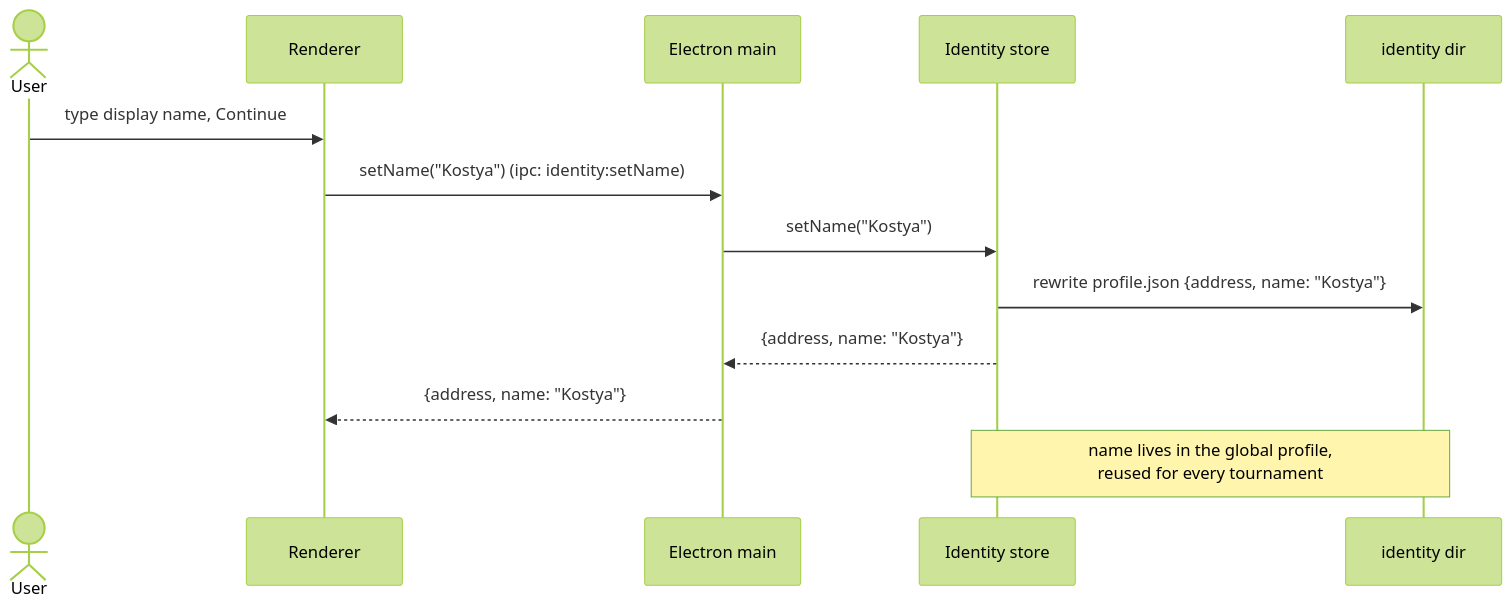
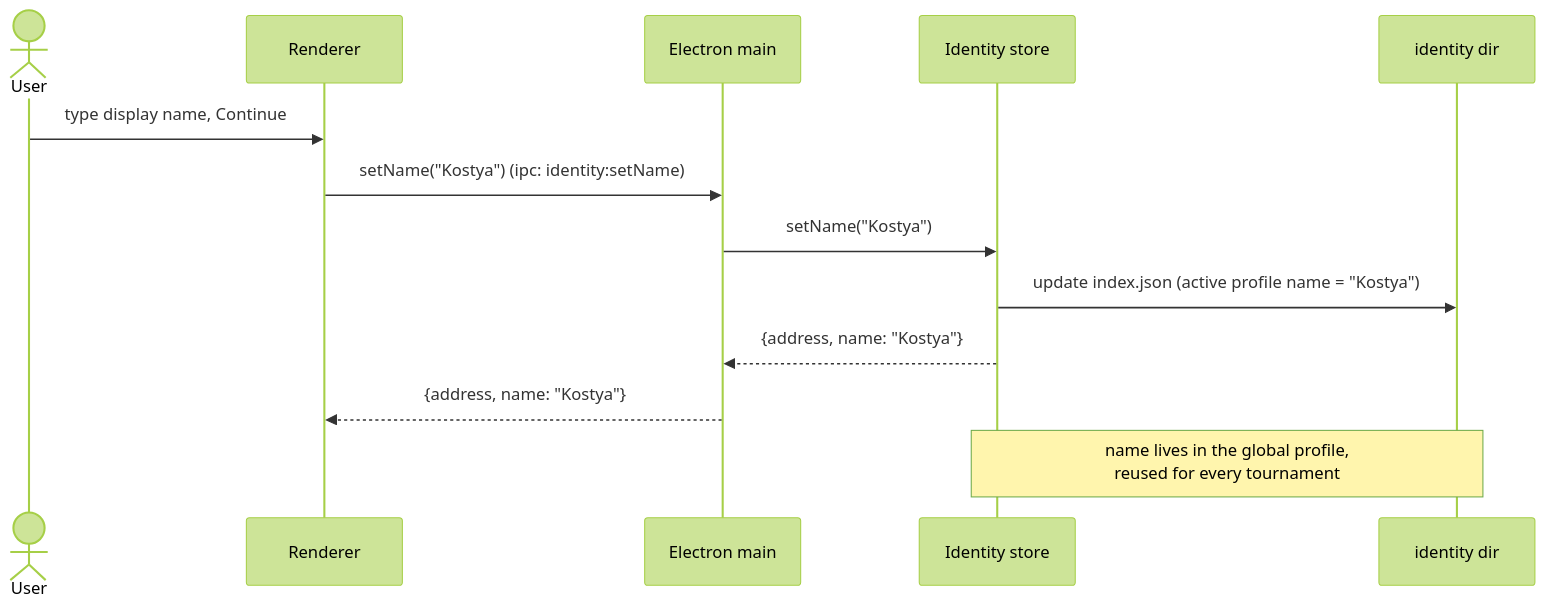
One commit to koss-lebedev/ubet changed the second of 3 diagrams in README.md. Above: the diagram before and after it, drawn with Mermaid (forest theme). The commit also changed other lines of this file, not shown here.

Commit message:
docs: update identity store layout and creation diagram for the multi-identity chooser

````diff
--- a/README.md
+++ b/README.md
@@ -112,16 +117,16 @@
 ```mermaid
 sequenceDiagram
     actor U as User
     participant R as Renderer
     participant M as Electron main
     participant S as Identity store
     participant D as identity dir
 
     U->>R: type display name, Continue
     R->>M: setName("Kostya")  (ipc: identity:setName)
     M->>S: setName("Kostya")
-    S->>D: rewrite profile.json {address, name: "Kostya"}
+    S->>D: update index.json (active profile name = "Kostya")
     S-->>M: {address, name: "Kostya"}
     M-->>R: {address, name: "Kostya"}
     Note over S,D: name lives in the global profile,<br/>reused for every tournament
 ```
````
